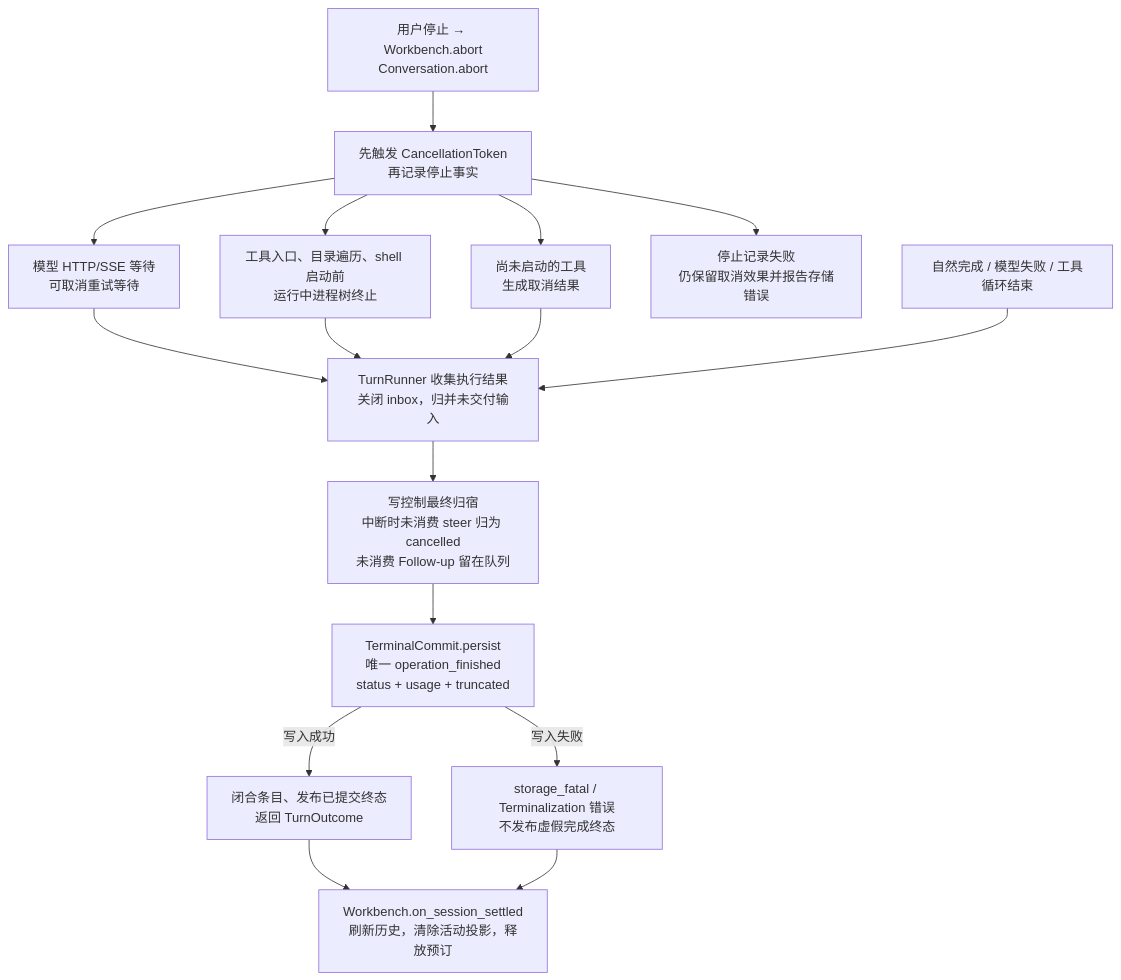
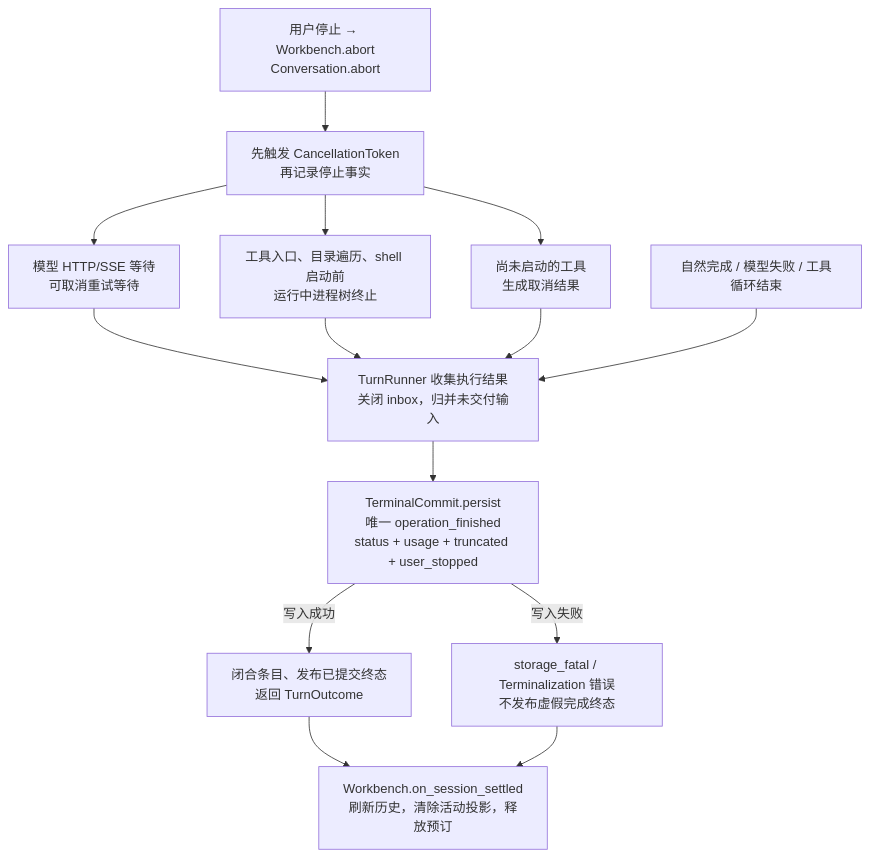
Before and after one commit to qjcnmd/singularity-agent: diagram 17 of 29 in docs/singularity.md, drawn with Mermaid. The commit also changed other lines of this file and 99 other files, not shown here.

````diff
--- a/docs/singularity.md
+++ b/docs/singularity.md
@@ -457,18 +455,16 @@
 ```mermaid
 flowchart TB
     Stop["用户停止 → Workbench.abort<br/>Conversation.abort"] --> Signal["先触发 CancellationToken<br/>再记录停止事实"]
     Signal --> Model["模型 HTTP/SSE 等待<br/>可取消重试等待"]
     Signal --> Tools["工具入口、目录遍历、shell 启动前<br/>运行中进程树终止"]
     Signal --> Unstarted["尚未启动的工具<br/>生成取消结果"]
-    Signal --> JournalError["停止记录失败<br/>仍保留取消效果并报告存储错误"]
     Model --> Finish["TurnRunner 收集执行结果<br/>关闭 inbox，归并未交付输入"]
     Tools --> Finish
     Unstarted --> Finish
     Normal["自然完成 / 模型失败 / 工具循环结束"] --> Finish
-    Finish --> Controls["写控制最终归宿<br/>中断时未消费 steer 归为 cancelled<br/>未消费 Follow-up 留在队列"]
-    Controls --> Commit["TerminalCommit.persist<br/>唯一 operation_finished<br/>status + usage + truncated"]
+    Finish --> Commit["TerminalCommit.persist<br/>唯一 operation_finished<br/>status + usage + truncated + user_stopped"]
     Commit -->|"写入成功"| Publish["闭合条目、发布已提交终态<br/>返回 TurnOutcome"]
     Commit -->|"写入失败"| Fatal["storage_fatal / Terminalization 错误<br/>不发布虚假完成终态"]
     Publish --> Settled["Workbench.on_session_settled<br/>刷新历史，清除活动投影，释放预订"]
     Fatal --> Settled
 ```
````
